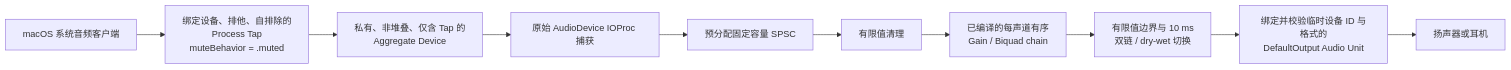
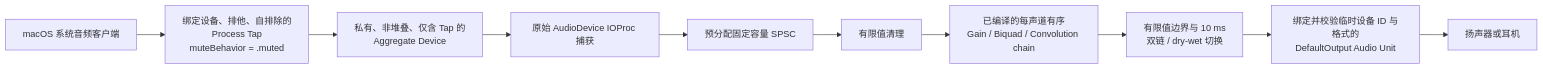
The second of 10 diagrams in docs/architecture.md (crmmc/EqualizerAU), drawn with Mermaid before and after one commit. The commit also changed other lines of this file and 26 other files, not shown here.

````diff
--- a/docs/architecture.md
+++ b/docs/architecture.md
@@ -86,15 +100,15 @@
 ```mermaid
 flowchart LR
     A[macOS 系统音频客户端]
     B[绑定设备、排他、自排除的<br/>Process Tap<br/>muteBehavior = .muted]
     C[私有、非堆叠、仅含 Tap 的<br/>Aggregate Device]
     D[原始 AudioDevice IOProc 捕获]
     E[预分配固定容量 SPSC]
     F[有限值清理]
-    G[已编译的每声道有序<br/>Gain / Biquad chain]
+    G[已编译的每声道有序<br/>Gain / Biquad / Convolution chain]
     H[有限值边界与 10 ms<br/>双链 / dry-wet 切换]
     I[绑定并校验临时设备 ID 与格式的<br/>DefaultOutput Audio Unit]
     J[扬声器或耳机]
 
     A --> B --> C --> D --> E --> F --> G --> H --> I --> J
 ```
````
